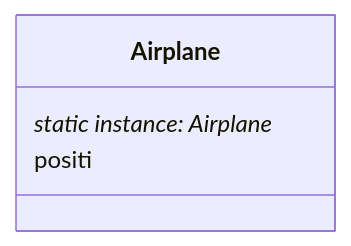
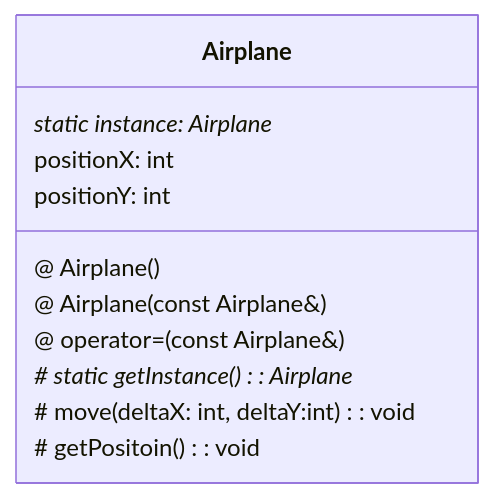
Before and after one commit to gemini9764/obsidian_remote: the diagram in Spaces/Unreal Engine/스파르타/디자인 패턴.md, drawn with Mermaid. The commit also changed other lines of this file and 2 other files, not shown here.

````diff
--- a/Spaces/Unreal Engine/스파르타/디자인 패턴.md
+++ b/Spaces/Unreal Engine/스파르타/디자인 패턴.md
@@ -28,7 +28,14 @@
 ```mermaid
 classDiagram
 class Airplane{
 static instance: Airplane*
-positi
+positionX: int
+positionY: int
+@ Airplane()
+@ Airplane(const Airplane&)
+@ operator=(const Airplane&)
+# static getInstance(): Airplane*
+# move(deltaX: int, deltaY:int): void
+# getPositoin(): void
 }
 ```
````
